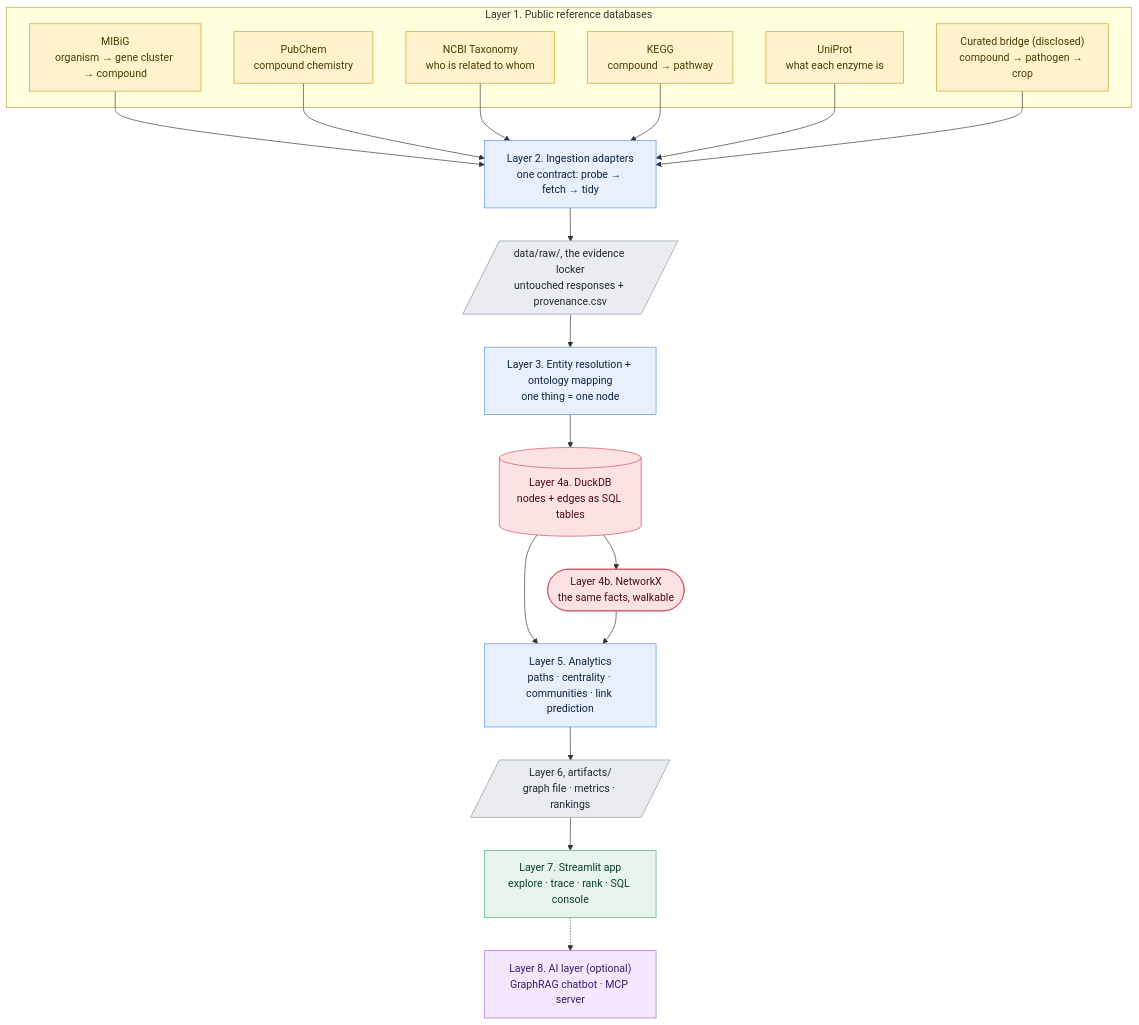
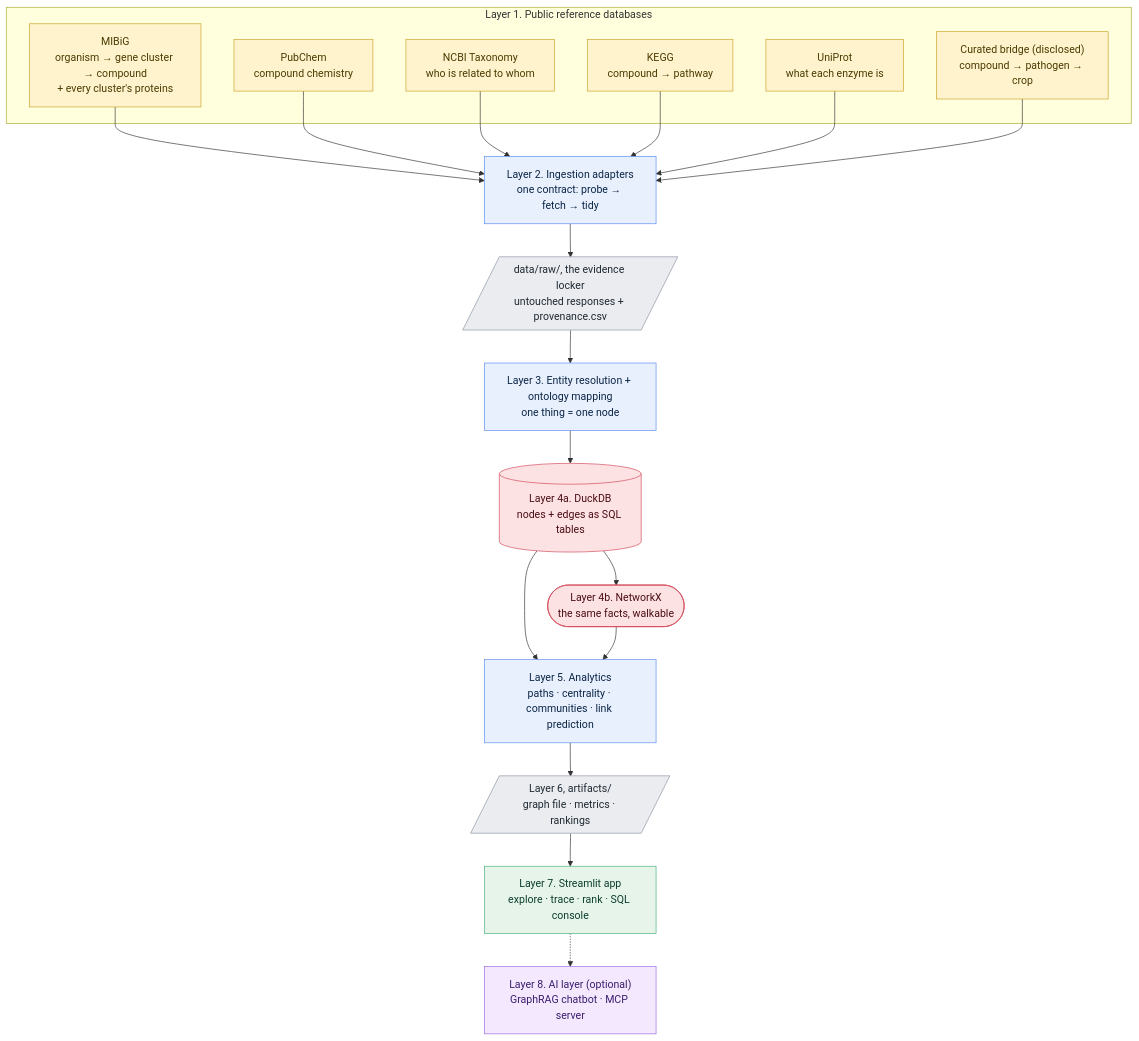
The diagram in docs/00-architecture.md (akannan2987/microbegraph), drawn with Mermaid before and after one commit. The commit also changed other lines of this file and 40 other files, not shown here.

First line of the commit message:
feat: add every cluster's proteins from MIBiG's protein file

````diff
--- a/docs/00-architecture.md
+++ b/docs/00-architecture.md
@@ -155,49 +155,49 @@
 ```mermaid
 flowchart TD
     subgraph SOURCES["Layer 1. Public reference databases"]
-        S1["MIBiG<br/>organism → gene cluster → compound"]
+        S1["MIBiG<br/>organism → gene cluster → compound<br/>+ every cluster's proteins"]
         S2["PubChem<br/>compound chemistry"]
         S3["NCBI Taxonomy<br/>who is related to whom"]
         S4["KEGG<br/>compound → pathway"]
         S6["UniProt<br/>what each enzyme is"]
         S5["Curated bridge (disclosed)<br/>compound → pathogen → crop"]
     end
     A["Layer 2. Ingestion adapters<br/>one contract: probe → fetch → tidy"]
     B[/"data/raw/, the evidence locker<br/>untouched responses + provenance.csv"/]
     C["Layer 3. Entity resolution + ontology mapping<br/>one thing = one node"]
     D[("Layer 4a. DuckDB<br/>nodes + edges as SQL tables")]
     E(["Layer 4b. NetworkX<br/>the same facts, walkable"])
     F["Layer 5. Analytics<br/>paths · centrality · communities · link prediction"]
     G[/"Layer 6, artifacts/<br/>graph file · metrics · rankings"/]
     H["Layer 7. Streamlit app<br/>explore · trace · rank · SQL console"]
     I["Layer 8. AI layer (optional)<br/>GraphRAG chatbot · MCP server"]
 
     S1 --> A
     S2 --> A
     S3 --> A
     S4 --> A
     S6 --> A
     S5 --> A
     A --> B
     B --> C
     C --> D
     D --> E
     D --> F
     E --> F
     F --> G
     G --> H
     H -.-> I
 
     classDef src fill:#FFF3CD,stroke:#C9A227,color:#4A3B00;
     classDef work fill:#E8F0FE,stroke:#5B8DEF,color:#0B2545;
     classDef store fill:#FDE2E4,stroke:#D1495B,color:#4A0D14;
     classDef artifact fill:#EAECEF,stroke:#8A94A6,color:#1F2933;
     classDef cloud fill:#E6F4EA,stroke:#4CAF7D,color:#0B3D2E;
     classDef ai fill:#F3E8FD,stroke:#9C6ADE,color:#3A1D6E;
     class S1,S2,S3,S4,S5,S6 src
     class A,C,F work
     class D,E store
     class B,G artifact
     class H cloud
     class I ai
 ```
````
